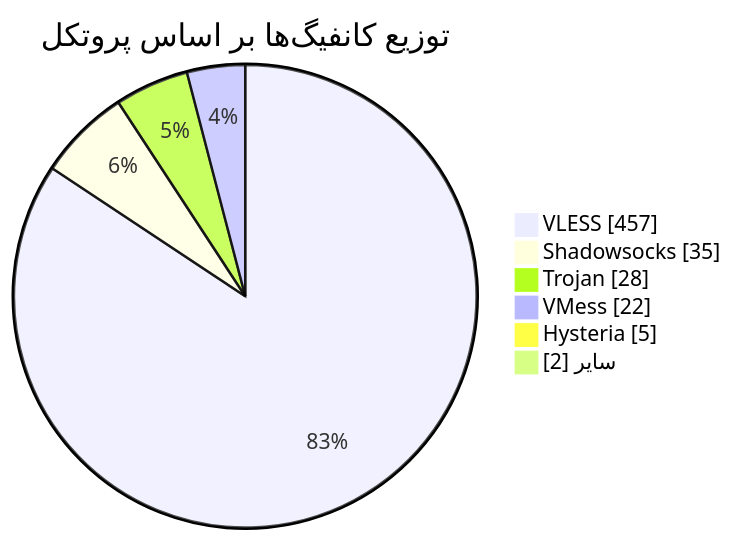
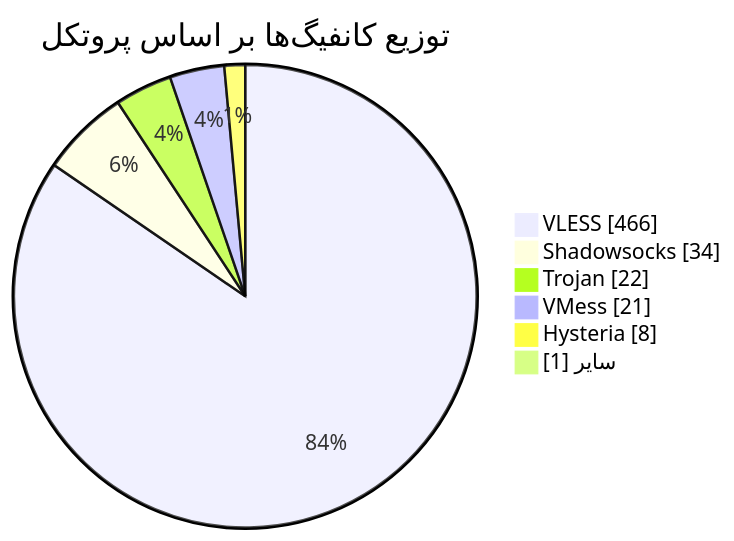
One commit to Arian-Alijani/Somthing changed the diagram in README.md. Above: the diagram before and after it, drawn with Mermaid. The commit also changed other lines of this file and 77 other files, not shown here.

````diff
--- a/README.md
+++ b/README.md
@@ -48,10 +48,10 @@
 ```mermaid
 pie showData
     title توزیع کانفیگ‌ها بر اساس پروتکل
-    "VLESS" : 457
-    "Shadowsocks" : 35
-    "Trojan" : 28
-    "VMess" : 22
-    "Hysteria" : 5
-    "سایر" : 2
+    "VLESS" : 466
+    "Shadowsocks" : 34
+    "Trojan" : 22
+    "VMess" : 21
+    "Hysteria" : 8
+    "سایر" : 1
 ```
````
